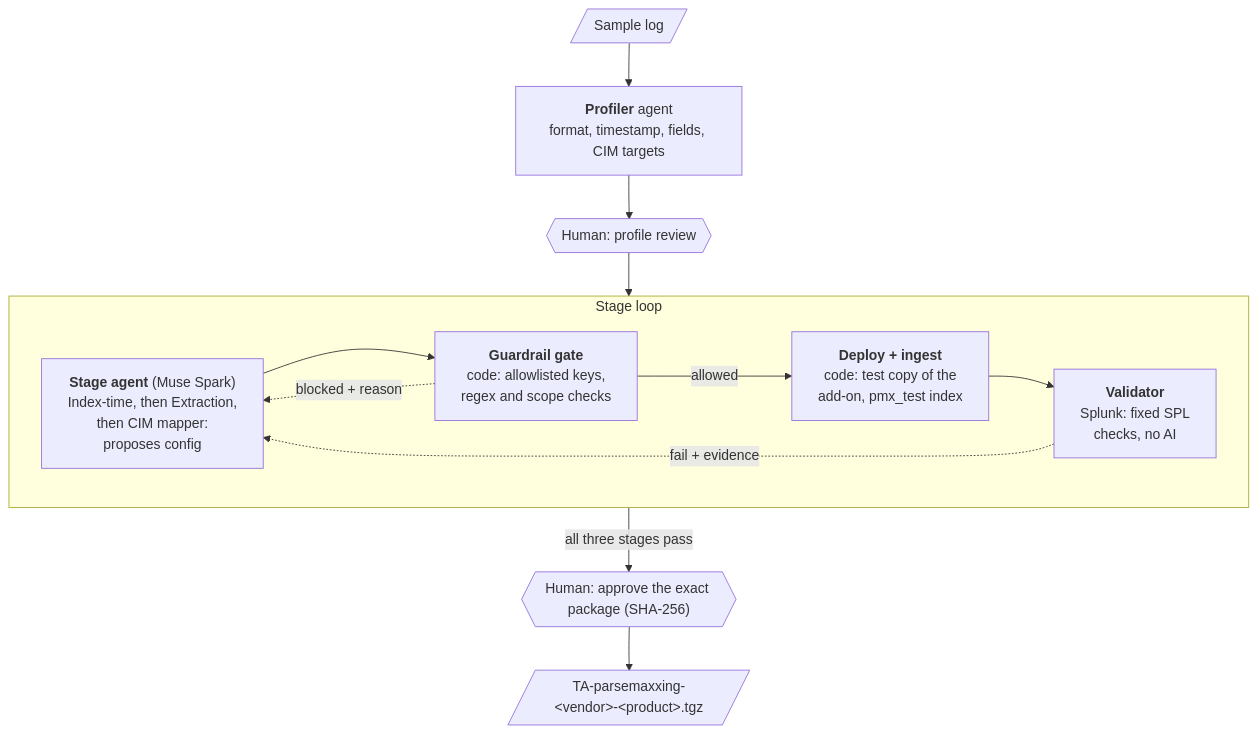
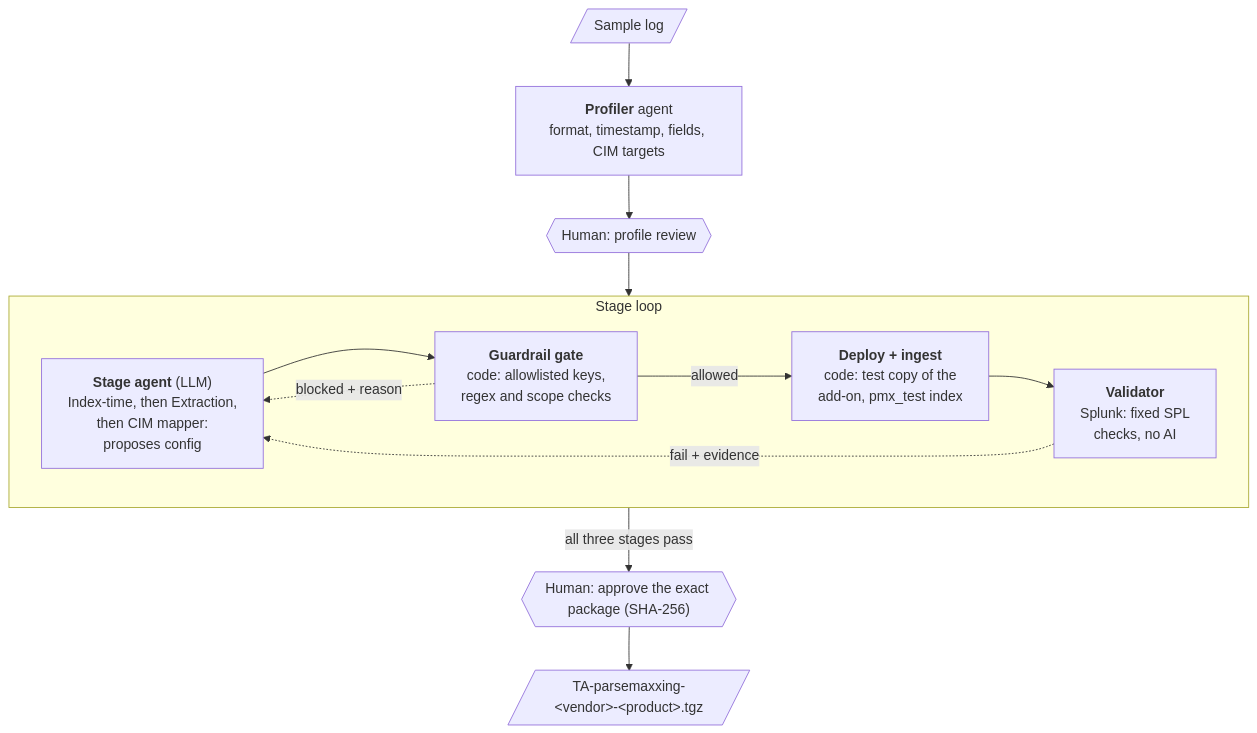
Before and after one commit to MKhalafHammad/Parsemaxxing: the second of 5 diagrams in docs/design.md, drawn with Mermaid. The commit also changed other lines of this file and 4 other files, not shown here.

````diff
--- a/docs/design.md
+++ b/docs/design.md
@@ -92,21 +89,21 @@
 ```mermaid
 flowchart TB
     LOG[/"Sample log"/] --> PROF["<b>Profiler</b> agent<br/>format, timestamp, fields, CIM targets"]
     PROF --> REV{{"Human: profile review"}}
     REV --> AGENT
 
     subgraph LOOP["Stage loop"]
         direction LR
-        AGENT["<b>Stage agent</b> (Muse Spark)<br/>Index-time, then Extraction,<br/>then CIM mapper:<br/>proposes config"]
+        AGENT["<b>Stage agent</b> (LLM)<br/>Index-time, then Extraction,<br/>then CIM mapper:<br/>proposes config"]
         GATE["<b>Guardrail gate</b><br/>code: allowlisted keys,<br/>regex and scope checks"]
         DEPLOY["<b>Deploy + ingest</b><br/>code: test copy of the<br/>add-on, pmx_test index"]
         VAL["<b>Validator</b><br/>Splunk: fixed SPL<br/>checks, no AI"]
         AGENT --> GATE
         GATE -- "allowed" --> DEPLOY --> VAL
         GATE -. "blocked + reason" .-> AGENT
         VAL -. "fail + evidence" .-> AGENT
     end
 
     VAL -- "all three stages pass" --> APPROVE{{"Human: approve the exact package (SHA-256)"}}
     APPROVE --> TA[/"TA-parsemaxxing-#lt;vendor#gt;-#lt;product#gt;.tgz"/]
 ```
````
